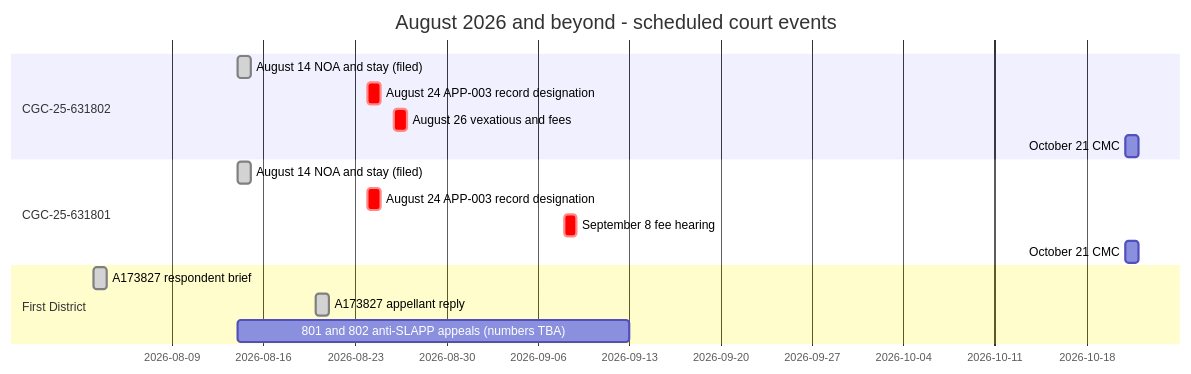
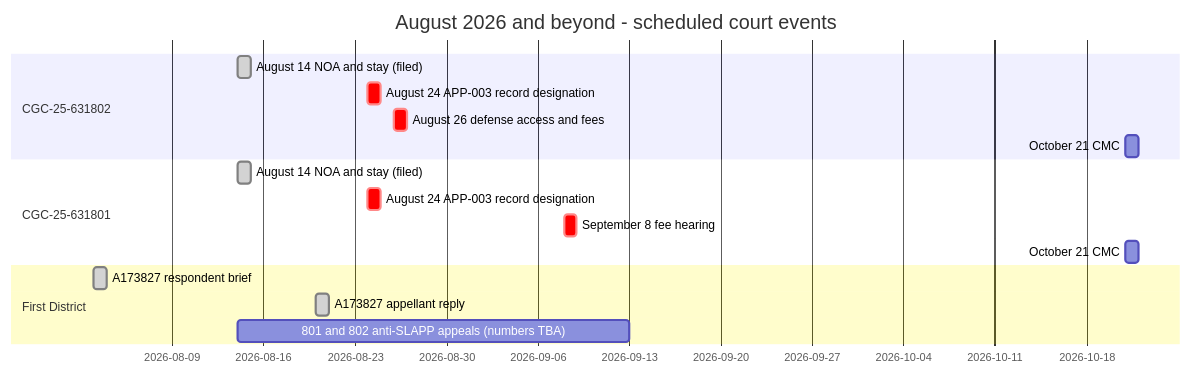
One commit to Municipal-Public-Trust-in-A-i/CSAA-ABDELHALIM-WONG-PSA-CSK changed the first of 3 diagrams in README.ARCHIVE-2026-08.md. Above: the diagram before and after it, drawn with Mermaid. The commit also changed other lines of this file and 314 other files, not shown here.

First line of the commit message:
Update case documents to reflect defense access motion and clarify hearing details

````diff
--- a/README.ARCHIVE-2026-08.md
+++ b/README.ARCHIVE-2026-08.md
@@ -428,19 +428,19 @@
 ```mermaid
 gantt
     title August 2026 and beyond - scheduled court events
     dateFormat YYYY-MM-DD
     section CGC-25-631802
     August 14 NOA and stay (filed) :done, n802, 2026-08-14, 1d
     August 24 APP-003 record designation :crit, r802, 2026-08-24, 1d
-    August 26 vexatious and fees :crit, m802a, 2026-08-26, 1d
+    August 26 defense access and fees :crit, m802a, 2026-08-26, 1d
     October 21 CMC :m802c, 2026-10-21, 1d
     section CGC-25-631801
     August 14 NOA and stay (filed) :done, n801, 2026-08-14, 1d
     August 24 APP-003 record designation :crit, r801, 2026-08-24, 1d
     September 8 fee hearing :crit, m801f, 2026-09-08, 1d
     October 21 CMC :m801c, 2026-10-21, 1d
     section First District
     A173827 respondent brief :done, a173r, 2026-08-03, 1d
     A173827 appellant reply :done, a173y, 2026-08-20, 1d
     801 and 802 anti-SLAPP appeals (numbers TBA) :a801802, 2026-08-14, 30d
 ```
````
